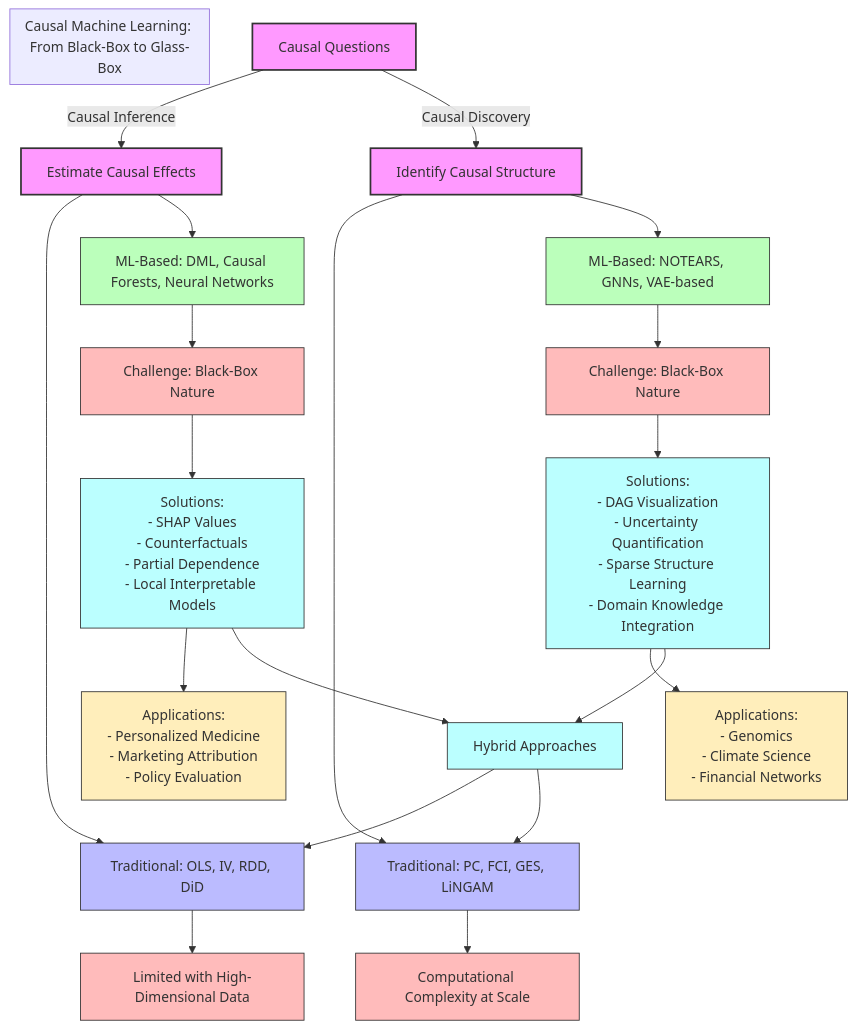
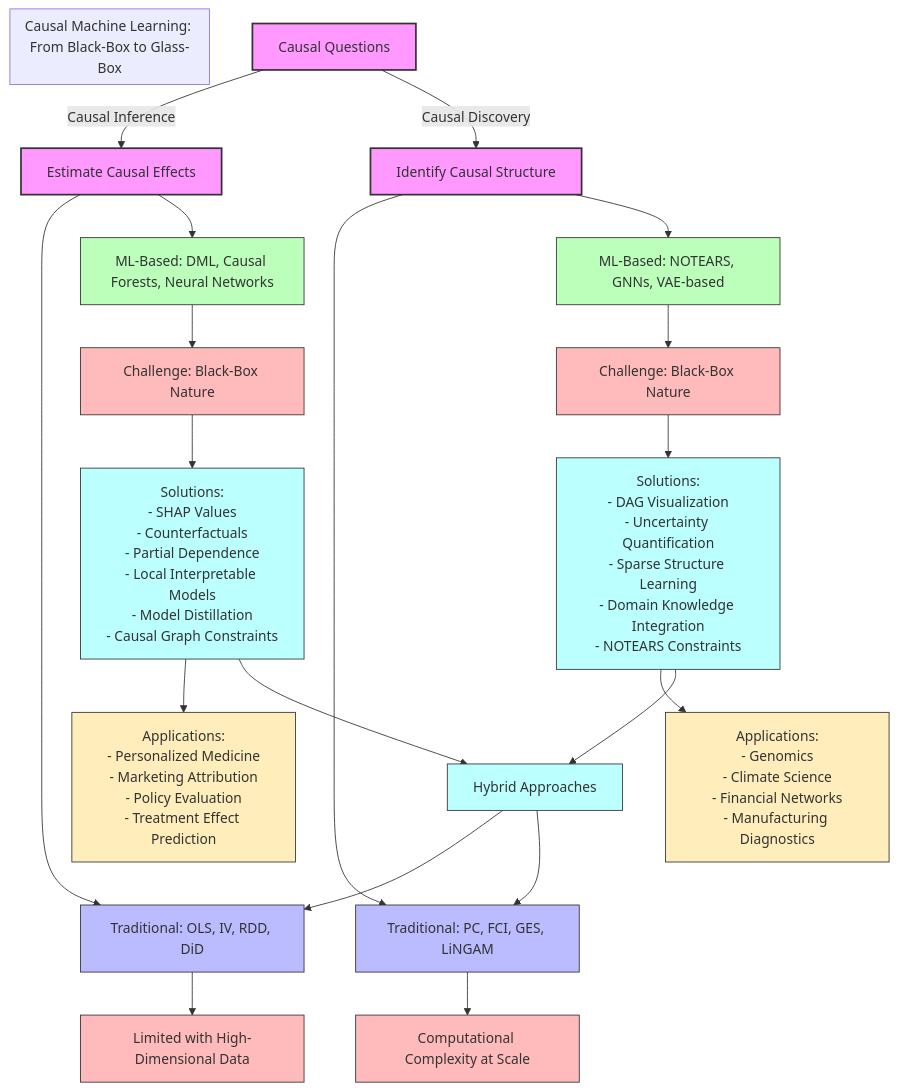
Before and after one commit to FTamas77/Theses_2025: the diagram in InterpretableCausalML.md, drawn with Mermaid. The commit also changed other lines of this file, not shown here.

Commit message:
Enhance InterpretableCausalML document with additional solutions, applications, and techniques for improved interpretability and industrial relevance

````diff
--- a/InterpretableCausalML.md
+++ b/InterpretableCausalML.md
@@ -32,55 +32,55 @@
 ```mermaid
 flowchart TD
     %% Styling
     classDef question fill:#f9f,stroke:#333,stroke-width:2px
     classDef method fill:#bbf,stroke:#333,stroke-width:1px
     classDef mlMethod fill:#bfb,stroke:#333,stroke-width:1px
     classDef challenge fill:#fbb,stroke:#333,stroke-width:1px
     classDef solution fill:#bff,stroke:#333,stroke-width:1px
     classDef application fill:#feb,stroke:#333,stroke-width:1px
     
     %% Main Flow
     A[Causal Questions] -->|Causal Inference| B[Estimate Causal Effects]
     A -->|Causal Discovery| C[Identify Causal Structure]
     
     %% Causal Inference Methods
     B --> D[Traditional: OLS, IV, RDD, DiD]
     B --> E[ML-Based: DML, Causal Forests, Neural Networks]
     
     %% Causal Discovery Methods
     C --> F[Traditional: PC, FCI, GES, LiNGAM]
     C --> G[ML-Based: NOTEARS, GNNs, VAE-based]
     
     %% Challenges
     D --> D1[Limited with High-Dimensional Data]
     E --> H[Challenge: Black-Box Nature]
     F --> F1[Computational Complexity at Scale]
     G --> I[Challenge: Black-Box Nature]
     
     %% Solutions
-    H --> J[Solutions:<br/>- SHAP Values<br/>- Counterfactuals<br/>- Partial Dependence<br/>- Local Interpretable Models]
-    I --> K[Solutions:<br/>- DAG Visualization<br/>- Uncertainty Quantification<br/>- Sparse Structure Learning<br/>- Domain Knowledge Integration]
+    H --> J[Solutions:<br/>- SHAP Values<br/>- Counterfactuals<br/>- Partial Dependence<br/>- Local Interpretable Models<br/>- Model Distillation<br/>- Causal Graph Constraints]
+    I --> K[Solutions:<br/>- DAG Visualization<br/>- Uncertainty Quantification<br/>- Sparse Structure Learning<br/>- Domain Knowledge Integration<br/>- NOTEARS Constraints]
     
     %% Applications
-    J --> L[Applications:<br/>- Personalized Medicine<br/>- Marketing Attribution<br/>- Policy Evaluation]
-    K --> M[Applications:<br/>- Genomics<br/>- Climate Science<br/>- Financial Networks]
+    J --> L[Applications:<br/>- Personalized Medicine<br/>- Marketing Attribution<br/>- Policy Evaluation<br/>- Treatment Effect Prediction]
+    K --> M[Applications:<br/>- Genomics<br/>- Climate Science<br/>- Financial Networks<br/>- Manufacturing Diagnostics]
     
     %% Hybrid Approaches
     J --> N[Hybrid Approaches]
     K --> N
     N --> D
     N --> F
     
     %% Apply classes
     class A question
     class B,C question
     class D,F method
     class E,G mlMethod
     class D1,H,F1,I challenge
     class J,K,N solution
     class L,M application
     
     %% Title
     subgraph Causal Machine Learning: From Black-Box to Glass-Box
     end
 ```
````
